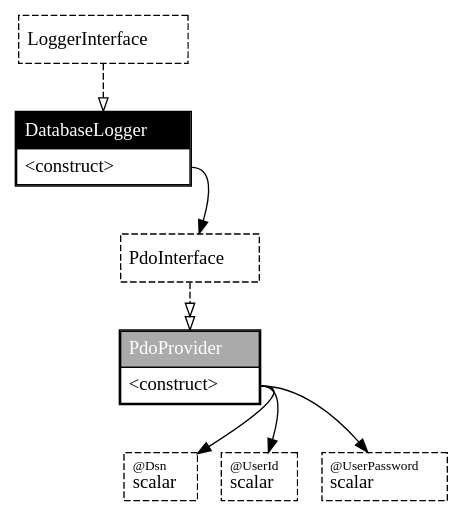
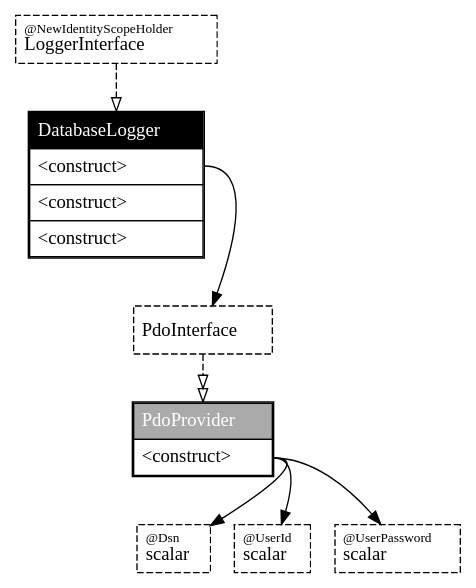
The diagram in dependency.dot (ray-di/Ray.ObjectGrapher), drawn with Graphviz before and after one commit. The commit also changed 18 other files, not shown here.

```diff
--- a/dependency.dot
+++ b/dependency.dot
@@ -1,18 +1,23 @@
 digraph injector {
 graph [rankdir=TB];
 
-k_73527111 [style=dashed, margin=0.02, label=<<table cellspacing="0" cellpadding="5" cellborder="0" border="0"><tr><td align="left" port="header" bgcolor="#ffffff"><font color="#000000">LoggerInterface<br align="left"/></font></td></tr></table>>, shape=box]
-k_f319525a [style=solid, margin=0.02, label=<<table cellspacing="0" cellpadding="5" cellborder="1" border="0"><tr><td align="left" port="header" bgcolor="#000000"><font color="#ffffff">DatabaseLogger<br align="left"/></font></td></tr><tr><td align="left" port="m_89759092">&lt;construct&gt;</td></tr></table>>, shape=box]
+k_73527111 [style=dashed, margin=0.02, label=<<table cellspacing="0" cellpadding="5" cellborder="0" border="0"><tr><td align="left" port="header" bgcolor="#ffffff">
+<font color="#000000" point-size="10">@NewIdentityScopeHolder<br align="left"/></font>
+<font color="#000000">LoggerInterface<br align="left"/></font></td></tr></table>>, shape=box]
+k_f319525a [style=solid, margin=0.02, label=<<table cellspacing="0" cellpadding="5" cellborder="1" border="0"><tr><td align="left" port="header" bgcolor="#000000"><font color="#ffffff">DatabaseLogger<br align="left"/></font></td></tr><tr><td align="left" port="m_89759092">&lt;construct&gt;</td></tr>
+<tr><td align="left" port="m_89759092">&lt;construct&gt;</td></tr>
+<tr><td align="left" port="m_89759092">&lt;construct&gt;</td></tr>
+</table>>, shape=box]
 k_18fba087 [style=dashed, margin=0.02, label=<<table cellspacing="0" cellpadding="5" cellborder="0" border="0"><tr><td align="left" port="header" bgcolor="#ffffff"><font color="#000000">PdoInterface<br align="left"/></font></td></tr></table>>, shape=box]
 i_18fba087 [style=solid, margin=0.02, label=<<table cellspacing="0" cellpadding="5" cellborder="1" border="0"><tr><td align="left" port="header" bgcolor="#aaaaaa"><font color="#ffffff">PdoProvider<br align="left"/></font></td></tr><tr><td align="left" port="m_65f6d5d3">&lt;construct&gt;</td></tr></table>>, shape=box]
 k_9a9a6f65 [style=dashed, margin=0.02, label=<<table cellspacing="0" cellpadding="5" cellborder="0" border="0"><tr><td align="left" port="header" bgcolor="#ffffff"><font color="#000000" point-size="10">@Dsn<br align="left"/></font><font color="#000000">scalar<br align="left"/></font></td></tr></table>>, shape=box]
 k_9a9a6f66 [style=dashed, margin=0.02, label=<<table cellspacing="0" cellpadding="5" cellborder="0" border="0"><tr><td align="left" port="header" bgcolor="#ffffff"><font color="#000000" point-size="10">@UserId<br align="left"/></font><font color="#000000">scalar<br align="left"/></font></td></tr></table>>, shape=box]
 k_9a9a6f67 [style=dashed, margin=0.02, label=<<table cellspacing="0" cellpadding="5" cellborder="0" border="0"><tr><td align="left" port="header" bgcolor="#ffffff"><font color="#000000" point-size="10">@UserPassword<br align="left"/></font><font color="#000000">scalar<br align="left"/></font></td></tr></table>>, shape=box]
 
 k_73527111 -> k_f319525a [style=dashed, arrowtail=none, arrowhead=onormal]
 k_f319525a:m_89759092:e -> k_18fba087 [style=solid, arrowtail=none, arrowhead=normal]
 k_18fba087 -> i_18fba087 [style=dashed, arrowtail=none, arrowhead=onormalonormal]
 i_18fba087:m_65f6d5d3:e -> k_9a9a6f65 [style=solid, arrowtail=none, arrowhead=normal]
 i_18fba087:m_65f6d5d3:e -> k_9a9a6f66 [style=solid, arrowtail=none, arrowhead=normal]
 i_18fba087:m_65f6d5d3:e -> k_9a9a6f67 [style=solid, arrowtail=none, arrowhead=normal]
 }
```
